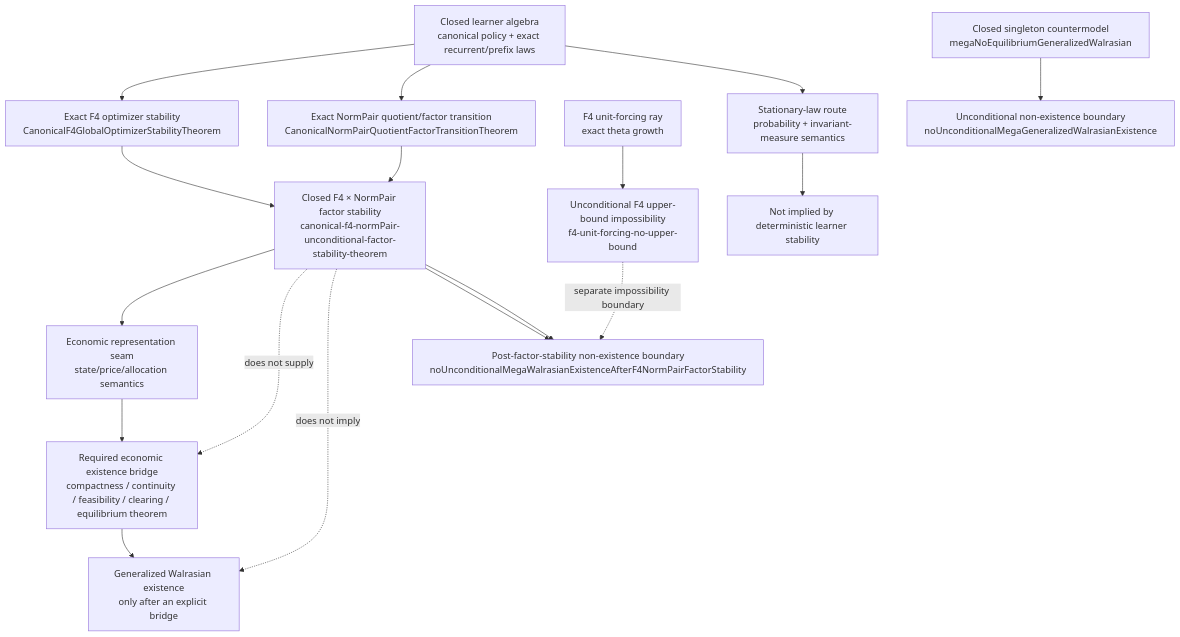
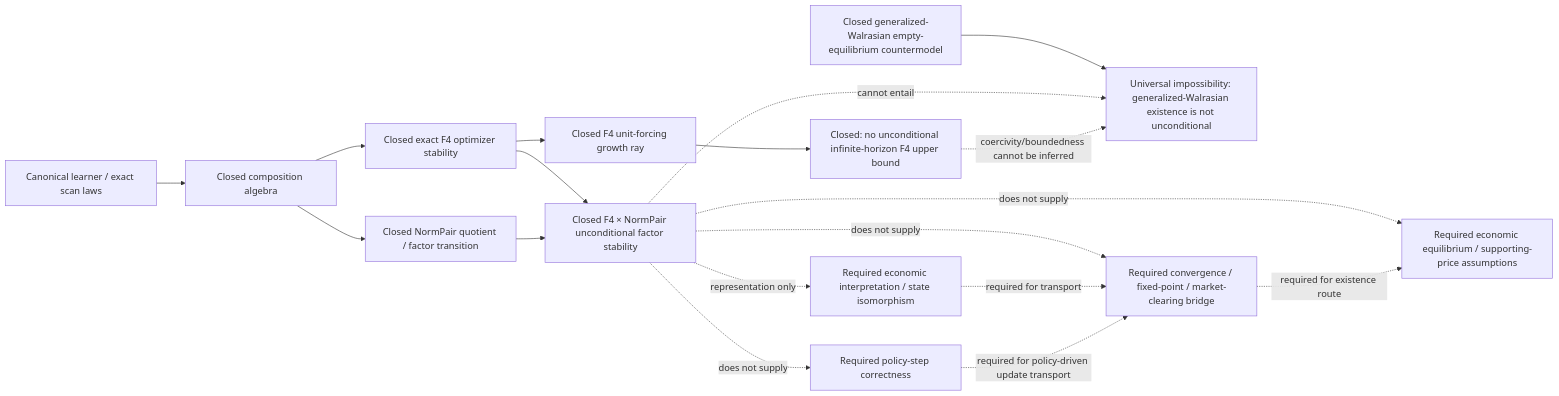
The diagram in .ci/discovery/f4-normpair-economic-unconditionality.mmd (JohnChristianD/Actions), drawn with Mermaid before and after one commit.

Commit message:
Refresh F4 NormPair economic boundary graph with closed core and condition gates

```diff
--- a/.ci/discovery/f4-normpair-economic-unconditionality.mmd
+++ b/.ci/discovery/f4-normpair-economic-unconditionality.mmd
@@ -1,32 +1,31 @@
-flowchart TD
-  A["Closed learner algebra<br/>canonical policy + exact recurrent/prefix laws"]
-  B["Exact F4 optimizer stability<br/>CanonicalF4GlobalOptimizerStabilityTheorem"]
-  C["Exact NormPair quotient/factor transition<br/>CanonicalNormPairQuotientFactorTransitionTheorem"]
-  D["Closed F4 × NormPair factor stability<br/>canonical-f4-normPair-unconditional-factor-stability-theorem"]
-  E["F4 unit-forcing ray<br/>exact theta growth"]
-  F["Unconditional F4 upper-bound impossibility<br/>f4-unit-forcing-no-upper-bound"]
-  G["Economic representation seam<br/>state/price/allocation semantics"]
-  H["Required economic existence bridge<br/>compactness / continuity / feasibility / clearing / equilibrium theorem"]
-  I["Generalized Walrasian existence<br/>only after an explicit bridge"]
-  J["Closed singleton countermodel<br/>megaNoEquilibriumGeneralizedWalrasian"]
-  K["Unconditional non-existence boundary<br/>noUnconditionalMegaGeneralizedWalrasianExistence"]
-  L["Post-factor-stability non-existence boundary<br/>noUnconditionalMegaWalrasianExistenceAfterF4NormPairFactorStability"]
-  M["Stationary-law route<br/>probability + invariant-measure semantics"]
-  N["Not implied by deterministic learner stability"]
+flowchart LR
+  L["Canonical learner / exact scan laws"]
+  C["Closed composition algebra"]
+  F4["Closed exact F4 optimizer stability"]
+  Q["Closed NormPair quotient / factor transition"]
+  U["Closed F4 × NormPair unconditional factor stability"]
+  G["Closed F4 unit-forcing growth ray"]
+  B["Closed: no unconditional infinite-horizon F4 upper bound"]
+  W["Closed generalized-Walrasian empty-equilibrium countermodel"]
+  N["Universal impossibility: generalized-Walrasian existence is not unconditional"]
 
-  A --> B
-  A --> C
-  B --> D
-  C --> D
-  D --> G
-  G --> H
-  H --> I
-  D -. "does not supply" .-> H
-  D -. "does not imply" .-> I
-  D --> L
-  J --> K
-  D --> L
-  E --> F
-  F -. "separate impossibility boundary" .-> L
-  A --> M
-  M --> N
+  R1["Required economic interpretation / state isomorphism"]
+  R2["Required policy-step correctness"]
+  R3["Required convergence / fixed-point / market-clearing bridge"]
+  R4["Required economic equilibrium / supporting-price assumptions"]
+
+  L --> C --> F4
+  C --> Q
+  F4 --> U
+  Q --> U
+  F4 --> G --> B
+  U -. representation only .-> R1
+  U -. does not supply .-> R2
+  U -. does not supply .-> R3
+  U -. does not supply .-> R4
+  R1 -. required for transport .-> R3
+  R2 -. required for policy-driven update transport .-> R3
+  R3 -. required for existence route .-> R4
+  W --> N
+  U -. cannot entail .-> N
+  B -. coercivity/boundedness cannot be inferred .-> N
```
